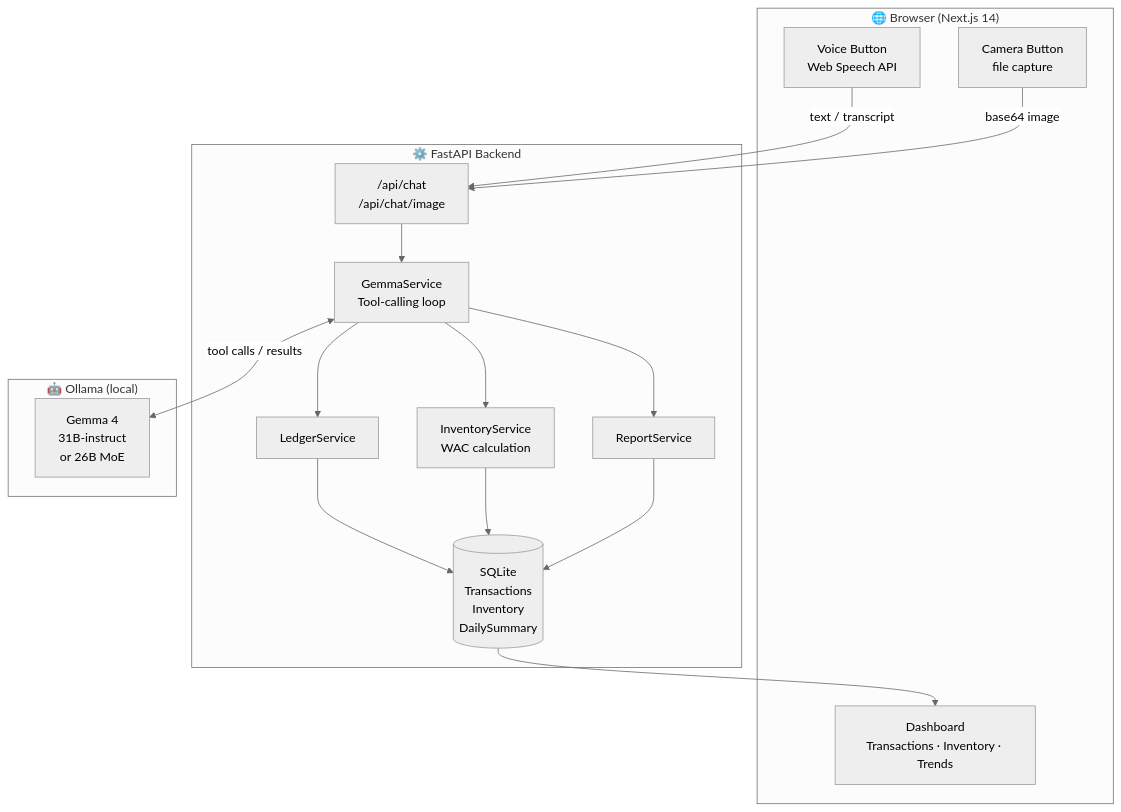
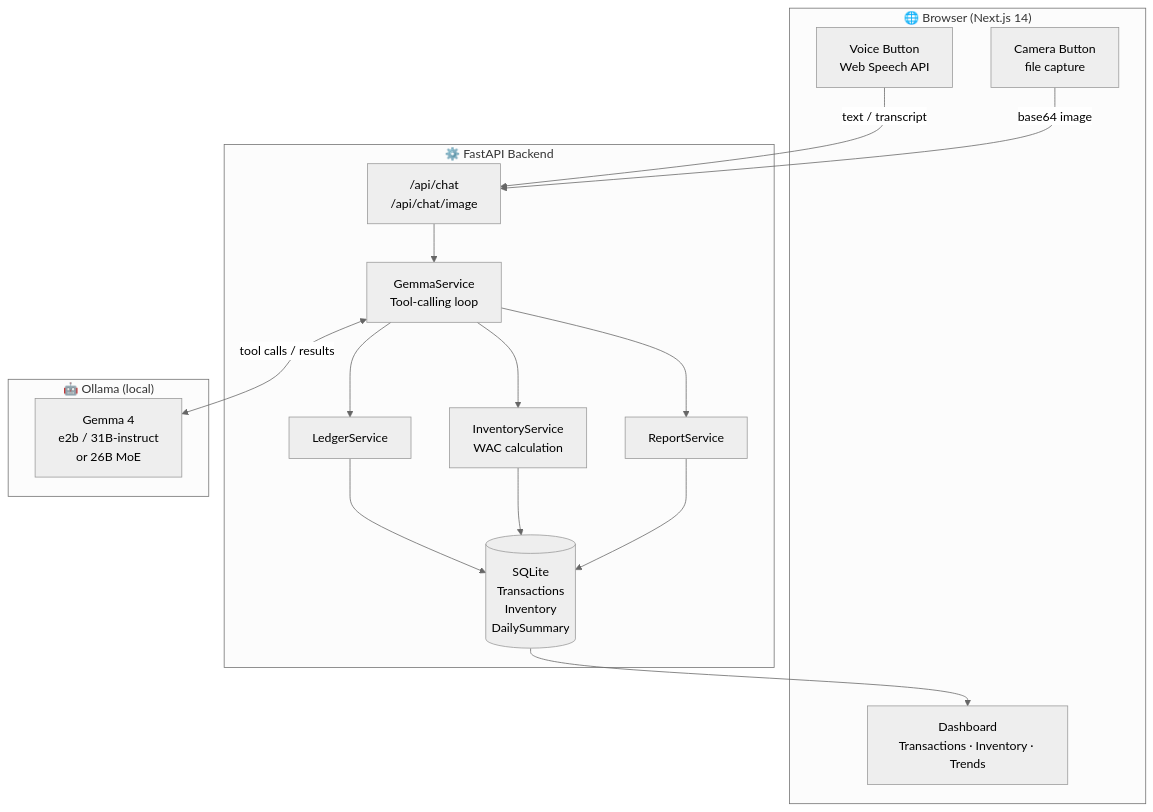
The diagram in README.md (Magma4/susu_books), drawn with Mermaid (neutral theme) before and after one commit. The commit also changed other lines of this file and 2 other files, not shown here.

First line of the commit message:
Switch default model to gemma4:e2b

````diff
--- a/README.md
+++ b/README.md
@@ -47,30 +47,30 @@
 ```mermaid
 graph TB
     subgraph Browser["🌐 Browser (Next.js 14)"]
         V[Voice Button\nWeb Speech API]
         C[Camera Button\nfile capture]
         UI[Dashboard\nTransactions · Inventory · Trends]
     end
 
     subgraph Backend["⚙️ FastAPI Backend"]
         API["/api/chat\n/api/chat/image"]
         GS[GemmaService\nTool-calling loop]
         LS[LedgerService]
         IS[InventoryService\nWAC calculation]
         RS[ReportService]
         DB[(SQLite\nTransactions\nInventory\nDailySummary)]
     end
 
     subgraph AI["🤖 Ollama (local)"]
-        G4[Gemma 4\n31B-instruct\nor 26B MoE]
+        G4[Gemma 4\ne2b / 31B-instruct\nor 26B MoE]
     end
 
     V -->|text / transcript| API
     C -->|base64 image| API
     API --> GS
     GS <-->|tool calls / results| G4
     GS --> LS --> DB
     GS --> IS --> DB
     GS --> RS --> DB
     DB --> UI
 ```
````
